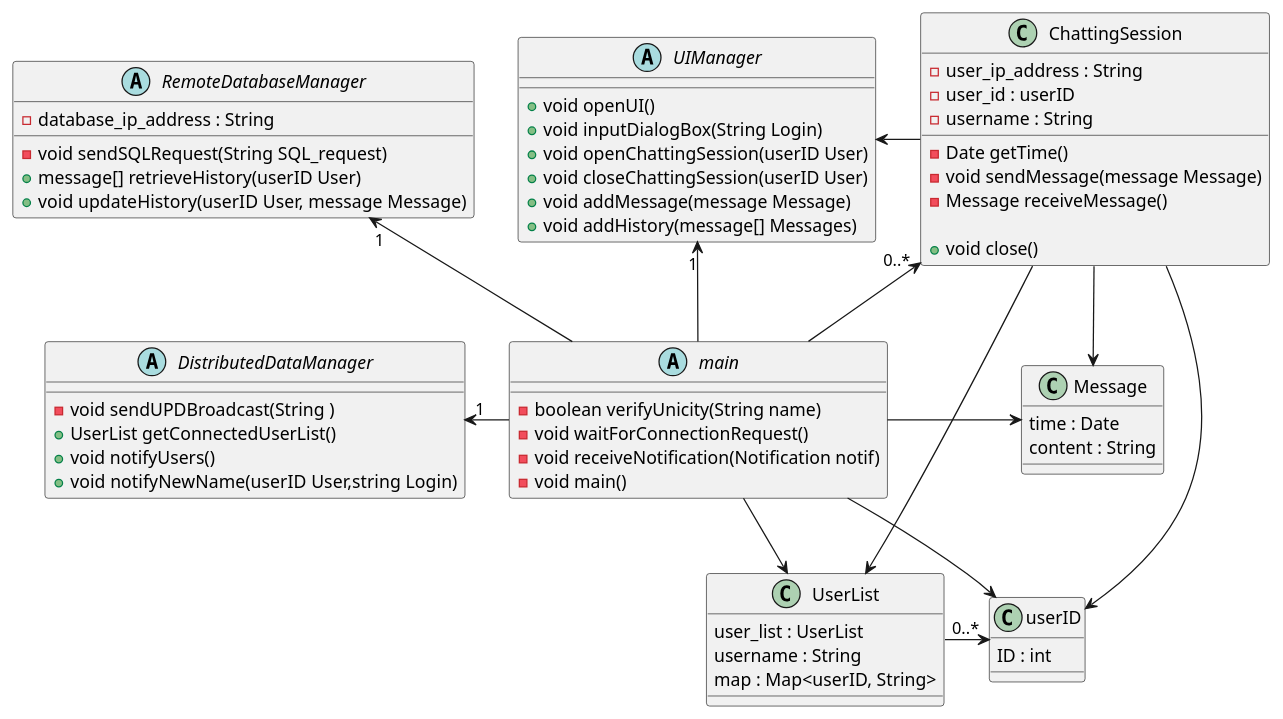
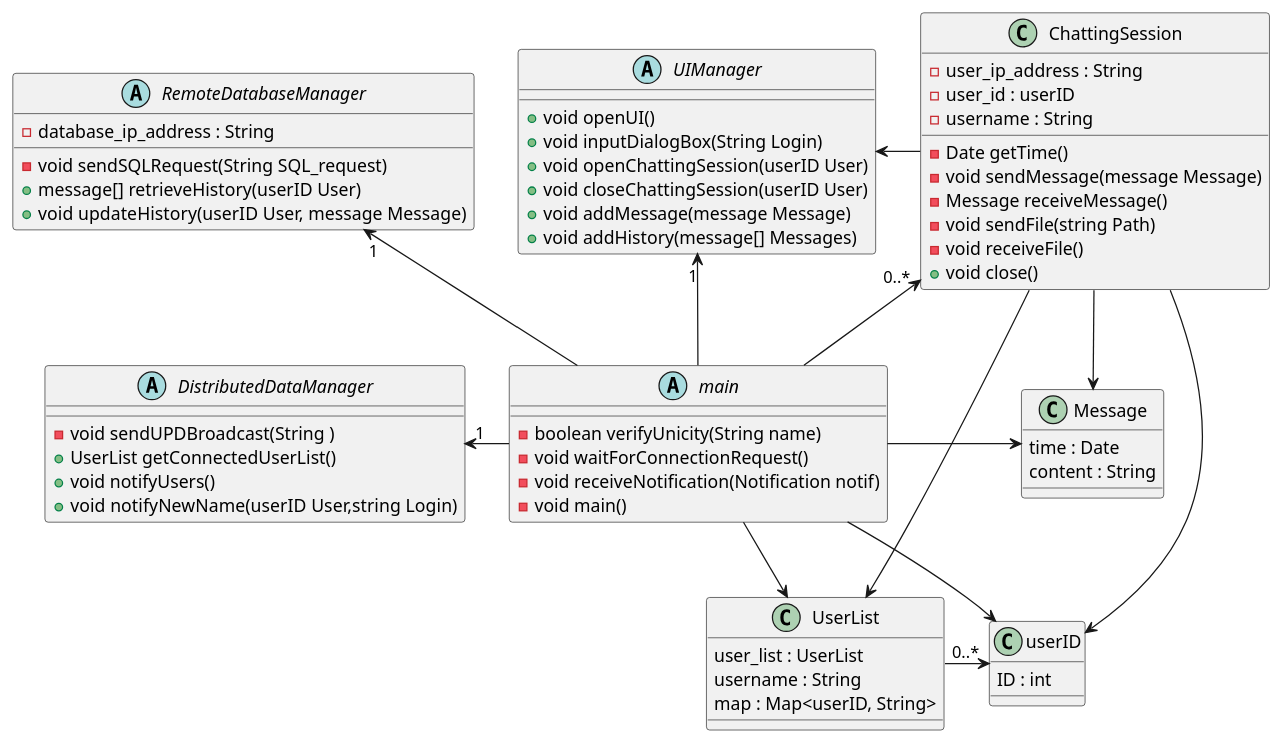
Before and after one commit to scanim-valentin/decentralized-chat-system: the diagram in PlantUML/class.wsd, drawn with PlantUML. The commit also changed 4 other files, not shown here.

```diff
--- a/PlantUML/class.wsd
+++ b/PlantUML/class.wsd
@@ -1,73 +1,74 @@
 @startuml class
 abstract class main {
     -boolean verifyUnicity(String name)
     -void waitForConnectionRequest()
     -void receiveNotification(Notification notif)
     -void main()
 }
 
 abstract class UIManager {
     +void openUI()
     +void inputDialogBox(String Login)
     +void openChattingSession(userID User)
     +void closeChattingSession(userID User)
     +void addMessage(message Message)
     +void addHistory(message[] Messages)
 }
 
 abstract class DistributedDataManager {
     -void sendUPDBroadcast(String )
     +UserList getConnectedUserList()
     +void notifyUsers()
     +void notifyNewName(userID User,string Login)
 }
 
 abstract class  RemoteDatabaseManager{
     - database_ip_address : String 
     -void sendSQLRequest(String SQL_request)
     +message[] retrieveHistory(userID User)
     +void updateHistory(userID User, message Message)
 }
 
 class ChattingSession{
     - user_ip_address : String 
     - user_id : userID
     - username : String
     -Date getTime()
     -void sendMessage(message Message)
     -Message receiveMessage()
-
+    -void sendFile(string Path)
+    -void receiveFile()
     +void close()
 }
 
 class Message{
     time : Date
     content : String
 }
 
 class UserList{
     user_list : UserList
     username : String
     map : Map<userID, String> 
 }
 
 class userID{
     ID : int
 } 
 
 
 
 RemoteDatabaseManager "1" <-- main
 DistributedDataManager "1" <- main
 UIManager "1" <- main
 ChattingSession "0..*" <-- main
 UIManager <- ChattingSession
 UserList -> "0..*" userID
 main --> userID
 ChattingSession -> userID
 main --> UserList
 ChattingSession -> UserList
 ChattingSession -> Message
 main -> Message
 
 @enduml
```
